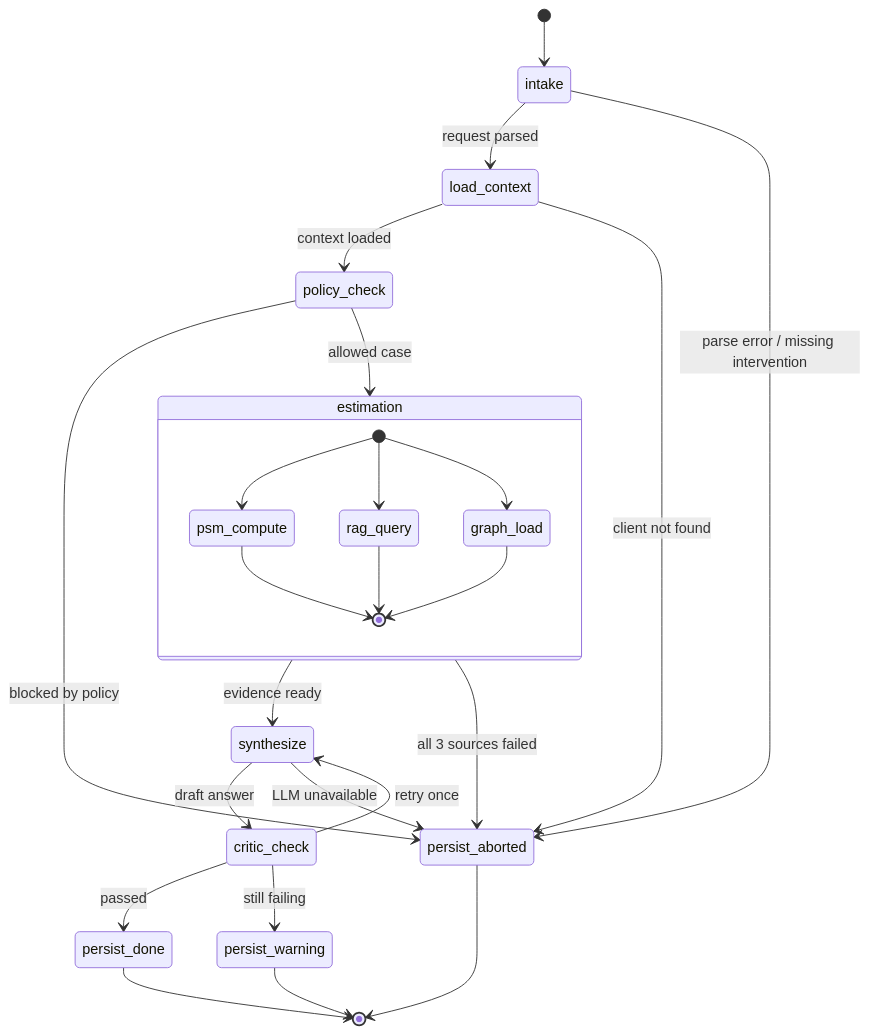
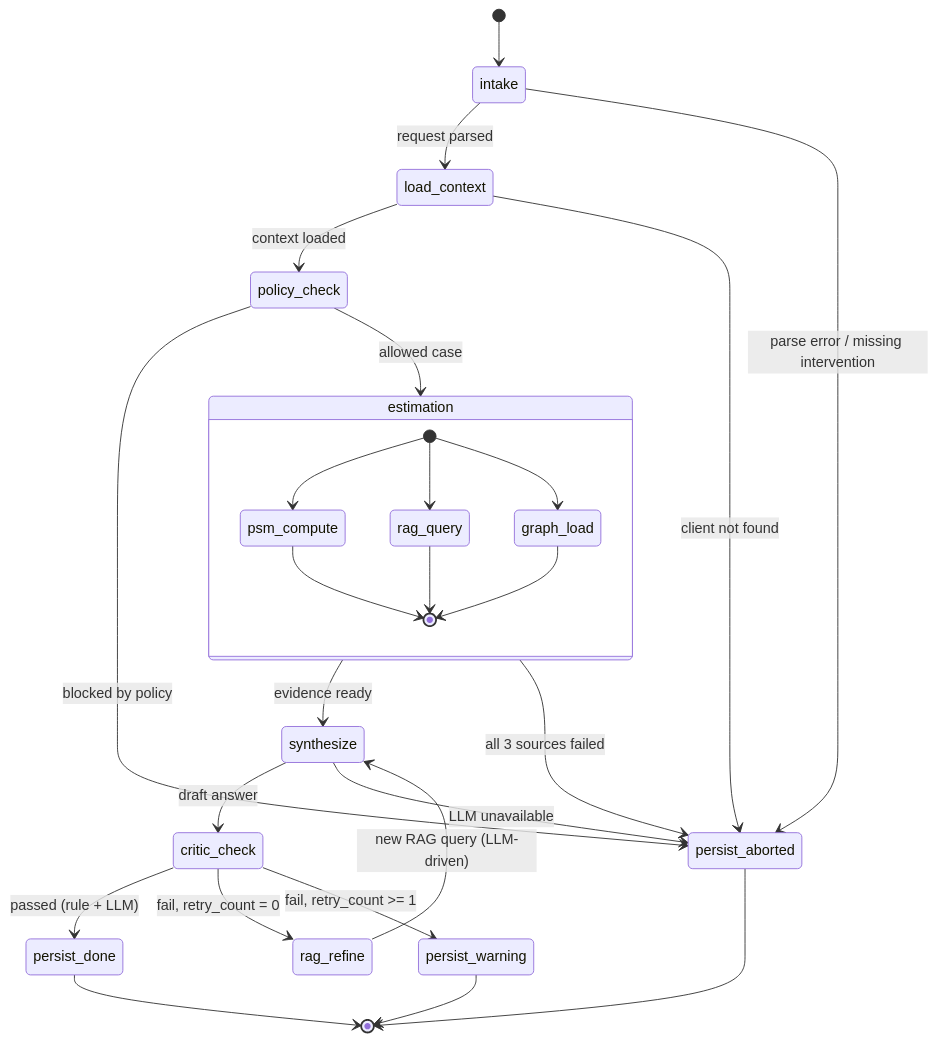
One commit to alllyuk/uplift-agent changed the first of 2 diagrams in docs/diagrams/workflow.md. Above: the diagram before and after it, drawn with Mermaid. The commit also changed 8 other files, not shown here.

Commit message:
add LLM-driven agency: adaptive RAG and LLM-augmented critic

````diff
--- a/docs/diagrams/workflow.md
+++ b/docs/diagrams/workflow.md
@@ -7,36 +7,38 @@
 ```mermaid
 stateDiagram-v2
     [*] --> intake
 
     intake --> load_context : request parsed
     intake --> persist_aborted : parse error / missing intervention
 
     load_context --> policy_check : context loaded
     load_context --> persist_aborted : client not found
 
     policy_check --> estimation : allowed case
     policy_check --> persist_aborted : blocked by policy
 
     state estimation {
         [*] --> psm_compute
         [*] --> rag_query
         [*] --> graph_load
         psm_compute --> [*]
         rag_query --> [*]
         graph_load --> [*]
     }
 
     estimation --> synthesize : evidence ready
     estimation --> persist_aborted : all 3 sources failed
 
     synthesize --> critic_check : draft answer
     synthesize --> persist_aborted : LLM unavailable
 
-    critic_check --> persist_done : passed
-    critic_check --> synthesize : retry once
-    critic_check --> persist_warning : still failing
+    critic_check --> persist_done : passed (rule + LLM)
+    critic_check --> rag_refine : fail, retry_count = 0
+    critic_check --> persist_warning : fail, retry_count >= 1
+
+    rag_refine --> synthesize : new RAG query (LLM-driven)
 
     persist_done --> [*]
     persist_warning --> [*]
     persist_aborted --> [*]
 ```
````
